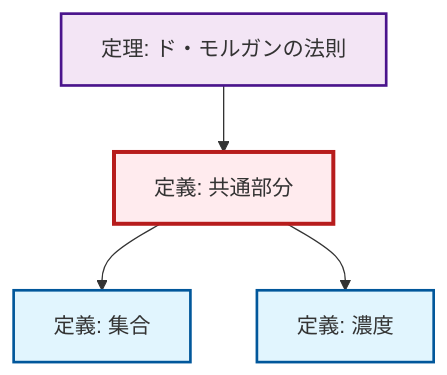
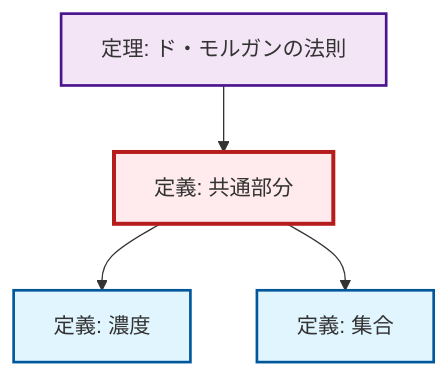
Before and after one commit to RK0429/ModernMath: the diagram in content/ja/logic-set-theory/def-intersection.qmd, drawn with Mermaid. The commit also changed 672 other files, not shown here.

````diff
--- a/content/ja/logic-set-theory/def-intersection.qmd
+++ b/content/ja/logic-set-theory/def-intersection.qmd
@@ -63,20 +63,20 @@
 ```{mermaid}
-%%| fig-cap: "Local dependency graph"
+%%| fig-cap: "ローカル依存関係グラフ"
 graph TD
     classDef definition fill:#e1f5fe,stroke:#01579b,stroke-width:2px
     classDef theorem fill:#f3e5f5,stroke:#4a148c,stroke-width:2px
     classDef axiom fill:#fff3e0,stroke:#e65100,stroke-width:2px
     classDef example fill:#e8f5e9,stroke:#1b5e20,stroke-width:2px
     classDef current fill:#ffebee,stroke:#b71c1c,stroke-width:3px
+    def-set["定義: 集合"]:::definition
+    thm-de-morgan["定理: ド・モルガンの法則"]:::theorem
     def-intersection["定義: 共通部分"]:::definition
-    thm-de-morgan["定理: ド・モルガンの法則"]:::theorem
     def-cardinality["定義: 濃度"]:::definition
-    def-set["定義: 集合"]:::definition
+    def-intersection --> def-cardinality
     thm-de-morgan --> def-intersection
     def-intersection --> def-set
-    def-intersection --> def-cardinality
     class def-intersection current
+    click def-set "def-set.html" "集合の定義へ"
     click thm-de-morgan "thm-de-morgan.html" "ド・モルガンの法則の定理へ"
     click def-cardinality "def-cardinality.html" "濃度の定義へ"
-    click def-set "def-set.html" "集合の定義へ"
 ```
````
